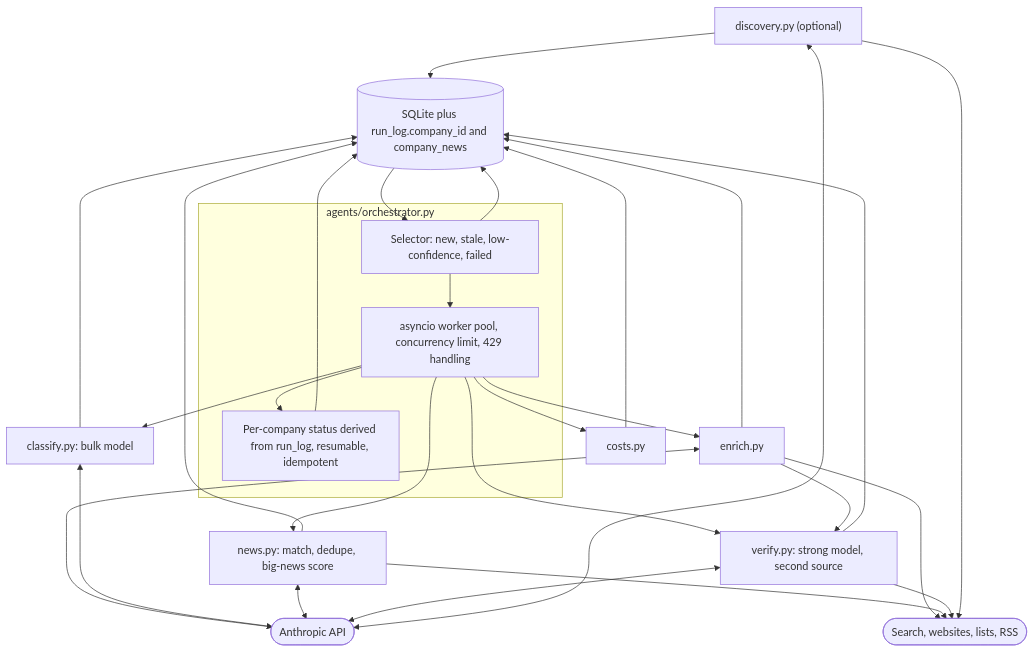
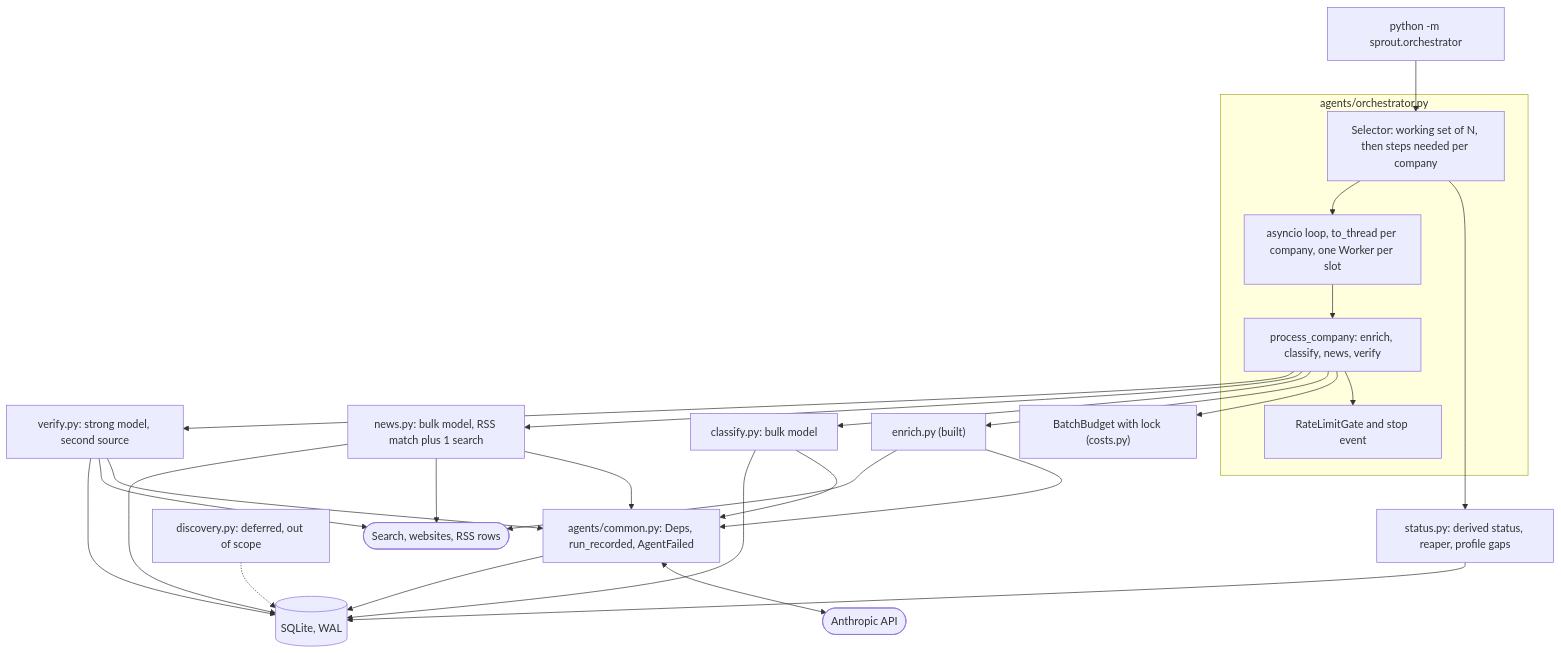
One commit to Farzaanee/sprout changed the first of 2 diagrams in docs/architecture/phases/phase-6-multi-agent.md. Above: the diagram before and after it, drawn with Mermaid. The commit also changed other lines of this file and 14 other files, not shown here.

Commit message:
update architecture docs for phase 6 - Multi-agent pipeline at scale

````diff
--- a/docs/architecture/phases/phase-6-multi-agent.md
+++ b/docs/architecture/phases/phase-6-multi-agent.md
@@ -5,43 +7,45 @@
 ```mermaid
 flowchart TB
-    SQL[("SQLite plus run_log.company_id and company_news")]
+    CLI["python -m sprout.orchestrator"]
     subgraph ORCH["agents/orchestrator.py"]
-        SEL["Selector: new, stale, low-confidence, failed"]
-        POOL["asyncio worker pool, concurrency limit, 429 handling"]
-        STAT["Per-company status derived from run_log, resumable, idempotent"]
+        SEL["Selector: working set of N, then steps needed per company"]
+        POOL["asyncio loop, to_thread per company, one Worker per slot"]
+        PROC["process_company: enrich, classify, news, verify"]
+        GATE["RateLimitGate and stop event"]
     end
-    ENR["enrich.py"]
+    STATUS["status.py: derived status, reaper, profile gaps"]
+    COMMON["agents/common.py: Deps, run_recorded, AgentFailed"]
+    ENR["enrich.py (built)"]
     CLS["classify.py: bulk model"]
-    NEWS["news.py: match, dedupe, big-news score"]
+    NEWS["news.py: bulk model, RSS match plus 1 search"]
     VER["verify.py: strong model, second source"]
-    DISC["discovery.py (optional)"]
+    DISC["discovery.py: deferred, out of scope"]
     LLM(["Anthropic API"])
-    EXT(["Search, websites, lists, RSS"])
-    COSTS["costs.py"]
-    SEL --> SQL
-    SQL --> SEL
+    EXT(["Search, websites, RSS rows"])
+    BATCH["BatchBudget with lock (costs.py)"]
+    SQL[("SQLite, WAL")]
+    CLI --> SEL
+    SEL --> STATUS
+    STATUS --> SQL
     SEL --> POOL
-    POOL --> ENR
-    POOL --> CLS
-    POOL --> NEWS
-    POOL --> VER
-    ENR --> VER
-    DISC --> SQL
-    ENR <--> LLM
-    CLS <--> LLM
-    NEWS <--> LLM
-    VER <--> LLM
-    DISC <--> LLM
+    POOL --> PROC
+    PROC --> GATE
+    PROC --> BATCH
+    PROC --> ENR
+    PROC --> CLS
+    PROC --> NEWS
+    PROC --> VER
+    ENR --> COMMON
+    CLS --> COMMON
+    NEWS --> COMMON
+    VER --> COMMON
+    COMMON <--> LLM
     ENR --> EXT
     NEWS --> EXT
     VER --> EXT
-    DISC --> EXT
-    ENR --> SQL
+    COMMON --> SQL
     CLS --> SQL
     NEWS --> SQL
     VER --> SQL
-    POOL --> STAT
-    STAT --> SQL
-    POOL --> COSTS
-    COSTS --> SQL
+    DISC -.-> SQL
 ```
````
